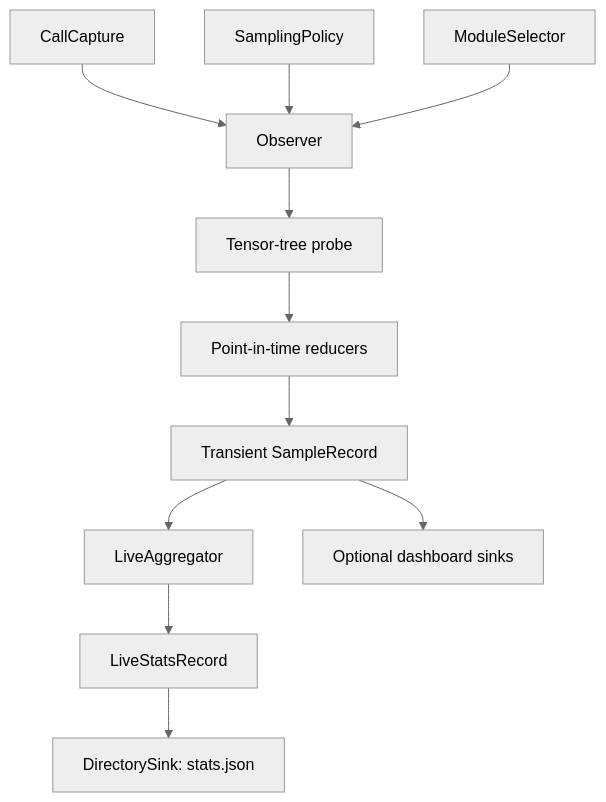
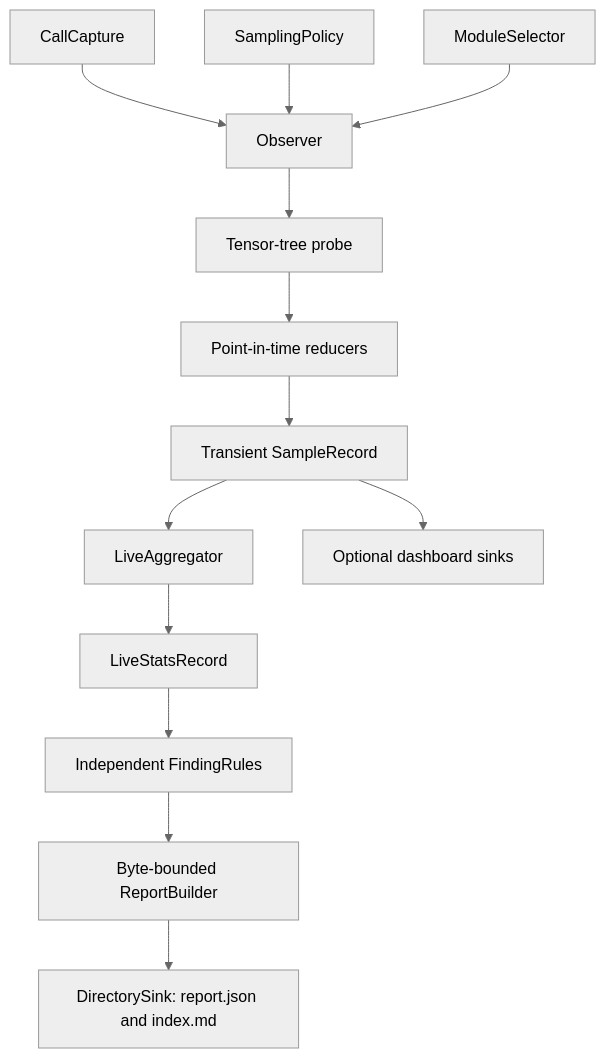
Before and after one commit to Red-Eyed/torchinstruments: the diagram in docs/design.md, drawn with Mermaid (neutral theme). The commit also changed other lines of this file and 34 other files, not shown here.

````diff
--- a/docs/design.md
+++ b/docs/design.md
@@ -37,13 +42,15 @@
 ```mermaid
 flowchart TD
     C[CallCapture] --> O[Observer]
     SP[SamplingPolicy] --> O
     MS[ModuleSelector] --> O
     O --> P[Tensor-tree probe]
     P --> R[Point-in-time reducers]
     R --> E[Transient SampleRecord]
     E --> A[LiveAggregator]
     A --> L[LiveStatsRecord]
-    L --> D[DirectorySink: stats.json]
+    L --> F[Independent FindingRules]
+    F --> B[Byte-bounded ReportBuilder]
+    B --> D[DirectorySink: report.json and index.md]
     E --> TB[Optional dashboard sinks]
 ```
````
